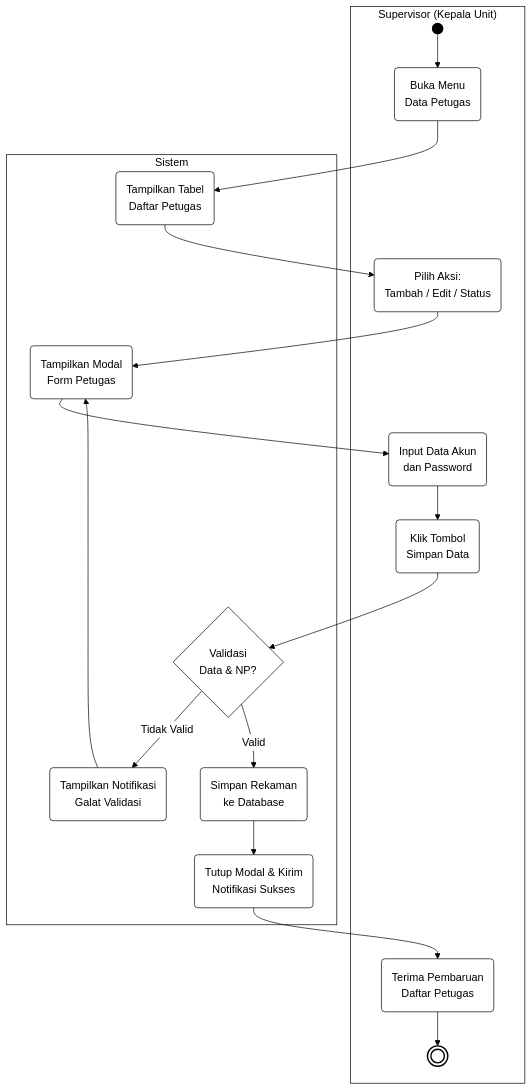
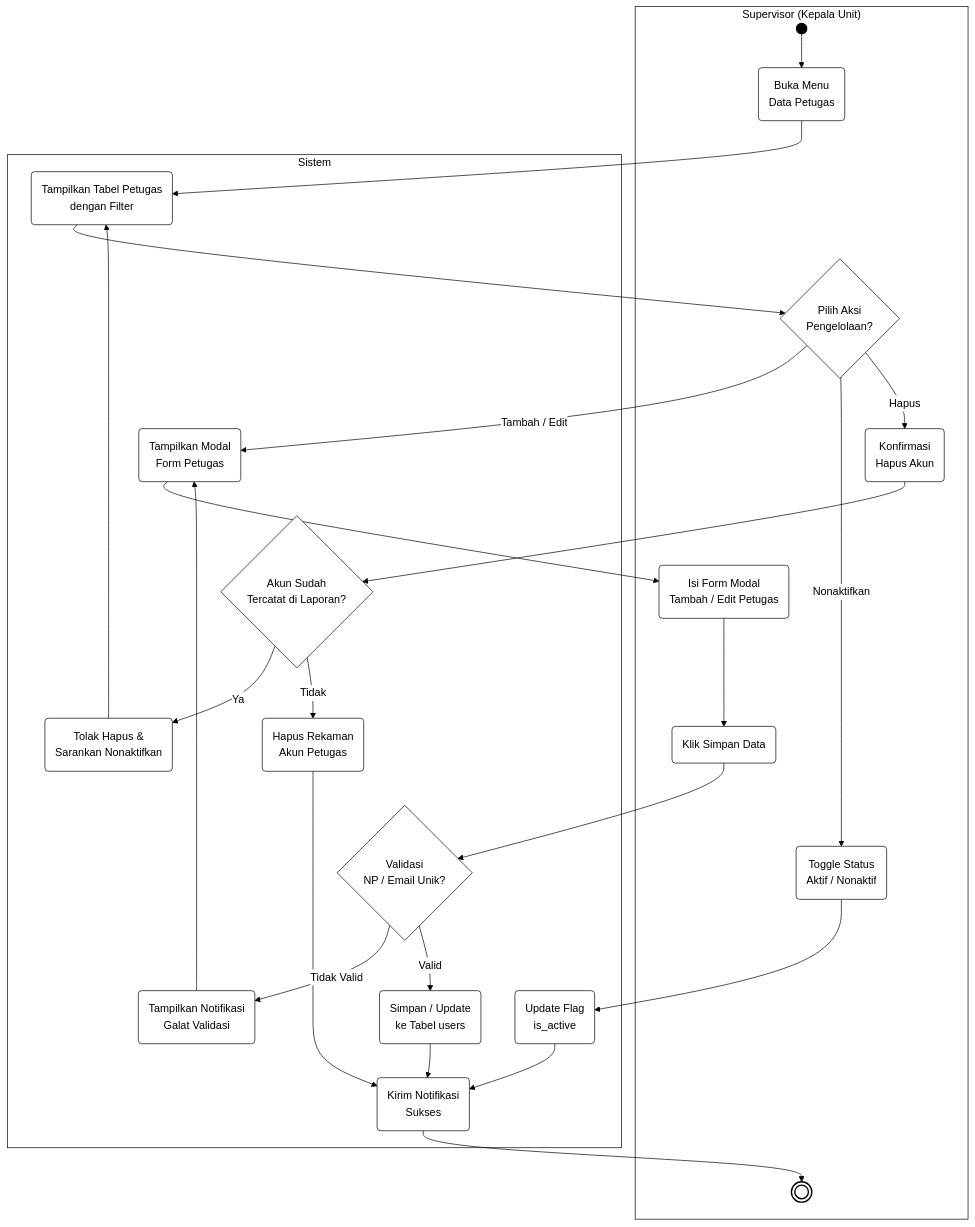
One commit to ZulfikarHD/scan-produksi changed the fifth of 11 diagrams in docs/BAB_III_Draft.md. Above: the diagram before and after it, drawn with Mermaid. The commit also changed other lines of this file, not shown here.

First line of the commit message:
feat(docs): update functional requirements and use case diagrams for operators and supervisors

````diff
--- a/docs/BAB_III_Draft.md
+++ b/docs/BAB_III_Draft.md
@@ -420,39 +451,52 @@
 ```mermaid
 %%{init: {'theme': 'base', 'themeVariables': { 'primaryColor': '#ffffff', 'primaryBorderColor': '#000000', 'primaryTextColor': '#000000', 'lineColor': '#000000', 'textColor': '#000000', 'clusterBkg': '#ffffff', 'clusterBorder': '#000000', 'edgeLabelBackground':'#ffffff' }}}%%
 flowchart TD
     subgraph Supervisor ["Supervisor (Kepala Unit)"]
         SP_Start(( ))
         SP_Buka(Buka Menu<br/>Data Petugas)
-        SP_Pilih(Pilih Aksi:<br/>Tambah / Edit / Status)
-        SP_Input(Input Data Akun<br/>dan Password)
-        SP_Simpan(Klik Tombol<br/>Simpan Data)
-        SP_Lihat(Terima Pembaruan<br/>Daftar Petugas)
+        SP_Pilih{Pilih Aksi<br/>Pengelolaan?}
+        SP_Input(Isi Form Modal<br/>Tambah / Edit Petugas)
+        SP_Simpan(Klik Simpan Data)
+        SP_Toggle(Toggle Status<br/>Aktif / Nonaktif)
+        SP_Hapus(Konfirmasi<br/>Hapus Akun)
         SP_End((( )))
     end
 
     subgraph Sistem ["Sistem"]
-        SS_Tampil(Tampilkan Tabel<br/>Daftar Petugas)
+        SS_Tampil(Tampilkan Tabel Petugas<br/>dengan Filter)
         SS_Modal(Tampilkan Modal<br/>Form Petugas)
-        SS_Val{Validasi<br/>Data & NP?}
+        SS_Val{Validasi<br/>NP / Email Unik?}
         SS_Err(Tampilkan Notifikasi<br/>Galat Validasi)
-        SS_Save(Simpan Rekaman<br/>ke Database)
-        SS_Notif(Tutup Modal & Kirim<br/>Notifikasi Sukses)
+        SS_Save(Simpan / Update<br/>ke Tabel users)
+        SS_Status(Update Flag<br/>is_active)
+        SS_Del{Akun Sudah<br/>Tercatat di Laporan?}
+        SS_DelErr(Tolak Hapus &<br/>Sarankan Nonaktifkan)
+        SS_DelOk(Hapus Rekaman<br/>Akun Petugas)
+        SS_Notif(Kirim Notifikasi<br/>Sukses)
     end
 
     SP_Start --> SP_Buka
     SP_Buka --> SS_Tampil
     SS_Tampil --> SP_Pilih
-    SP_Pilih --> SS_Modal
+    SP_Pilih -- Tambah / Edit --> SS_Modal
     SS_Modal --> SP_Input
     SP_Input --> SP_Simpan
     SP_Simpan --> SS_Val
     SS_Val -- Tidak Valid --> SS_Err
     SS_Err --> SS_Modal
     SS_Val -- Valid --> SS_Save
     SS_Save --> SS_Notif
-    SS_Notif --> SP_Lihat
-    SP_Lihat --> SP_End
+    SP_Pilih -- Nonaktifkan --> SP_Toggle
+    SP_Toggle --> SS_Status
+    SS_Status --> SS_Notif
+    SP_Pilih -- Hapus --> SP_Hapus
+    SP_Hapus --> SS_Del
+    SS_Del -- Ya --> SS_DelErr
+    SS_DelErr --> SS_Tampil
+    SS_Del -- Tidak --> SS_DelOk
+    SS_DelOk --> SS_Notif
+    SS_Notif --> SP_End
 
     style SP_Start fill:#000000,stroke:#000000,stroke-width:2px;
     style SP_End fill:#ffffff,stroke:#000000,stroke-width:2px;
 ```
````
